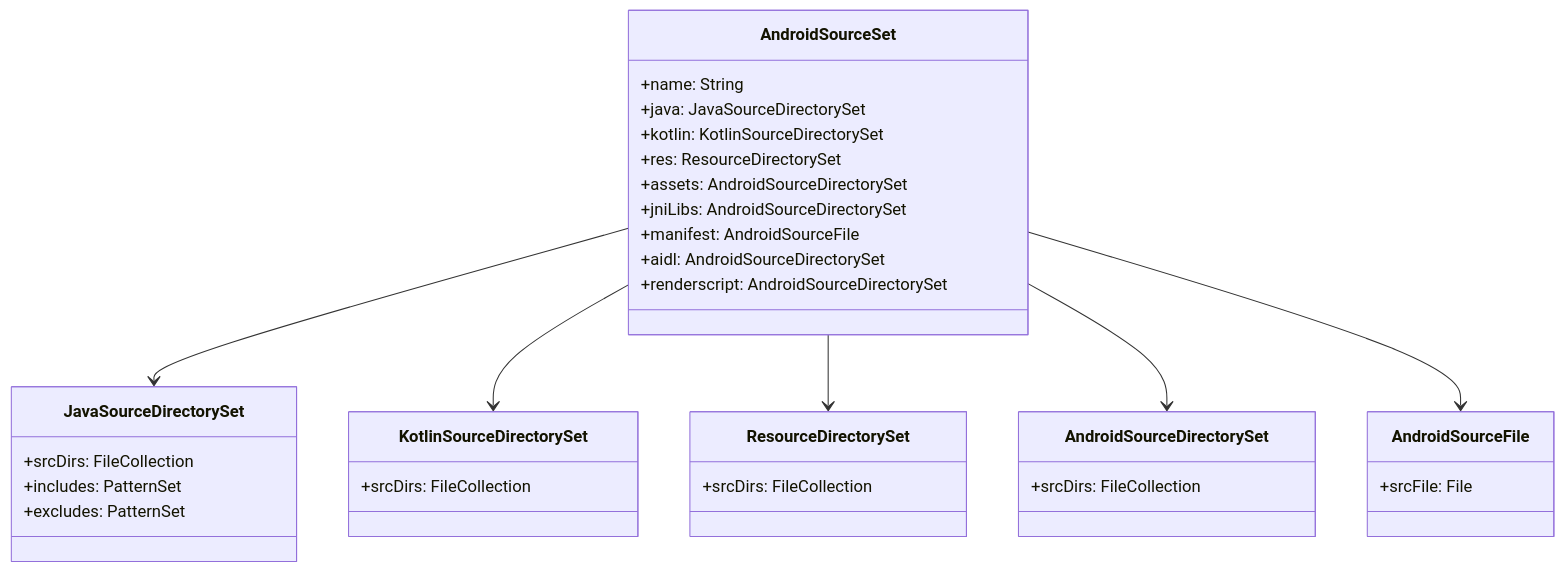
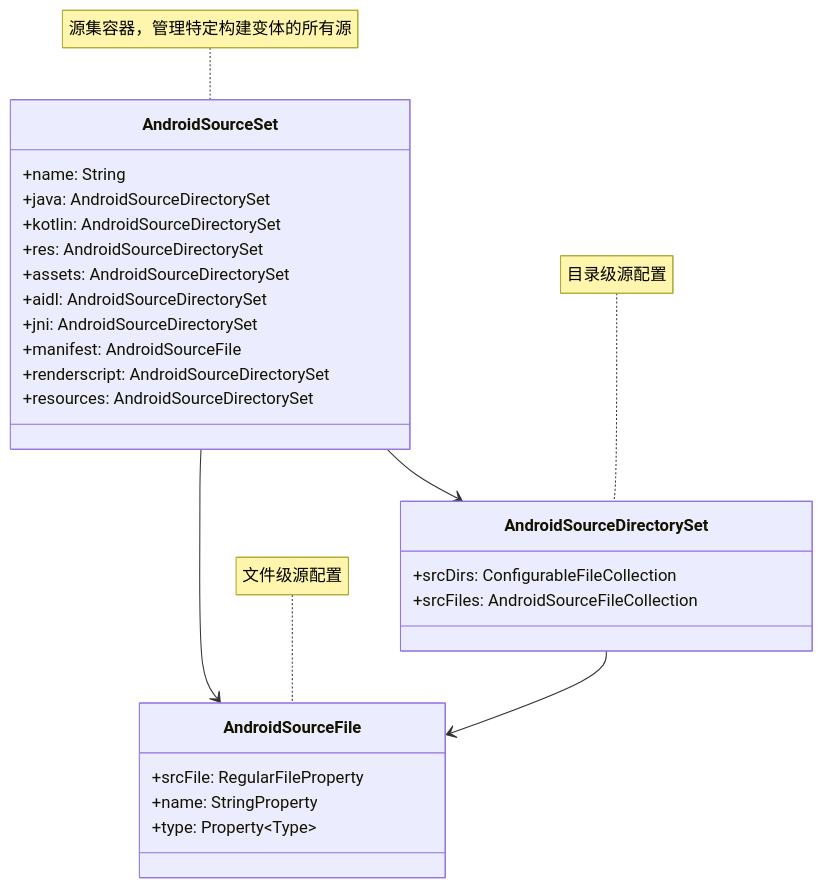
The third of 3 diagrams in AndroidDeveloperGuideStory/Contents/vol21/21.1.68 Android源集.md (Carrie-L/carrie-l.github.io), drawn with Mermaid before and after one commit. The commit also changed other lines of this file, not shown here.

Commit message:
feat(chapter-21.1.68): explain AndroidSourceSet concept with source collection organization

````diff
--- a/AndroidDeveloperGuideStory/Contents/vol21/21.1.68 Android源集.md
+++ b/AndroidDeveloperGuideStory/Contents/vol21/21.1.68 Android源集.md
@@ -988,42 +759,34 @@
 ```mermaid
 classDiagram
     class AndroidSourceSet {
         +name: String
-        +java: JavaSourceDirectorySet
-        +kotlin: KotlinSourceDirectorySet
-        +res: ResourceDirectorySet
+        +java: AndroidSourceDirectorySet
+        +kotlin: AndroidSourceDirectorySet
+        +res: AndroidSourceDirectorySet
         +assets: AndroidSourceDirectorySet
-        +jniLibs: AndroidSourceDirectorySet
+        +aidl: AndroidSourceDirectorySet
+        +jni: AndroidSourceDirectorySet
         +manifest: AndroidSourceFile
-        +aidl: AndroidSourceDirectorySet
         +renderscript: AndroidSourceDirectorySet
-    }
-    
-    class JavaSourceDirectorySet {
-        +srcDirs: FileCollection
-        +includes: PatternSet
-        +excludes: PatternSet
-    }
-    
-    class KotlinSourceDirectorySet {
-        +srcDirs: FileCollection
-    }
-    
-    class ResourceDirectorySet {
-        +srcDirs: FileCollection
+        +resources: AndroidSourceDirectorySet
     }
     
     class AndroidSourceDirectorySet {
-        +srcDirs: FileCollection
+        +srcDirs: ConfigurableFileCollection
+        +srcFiles: AndroidSourceFileCollection
     }
     
     class AndroidSourceFile {
-        +srcFile: File
+        +srcFile: RegularFileProperty
+        +name: StringProperty
+        +type: Property~Type~
     }
     
-    AndroidSourceSet --> JavaSourceDirectorySet
-    AndroidSourceSet --> KotlinSourceDirectorySet
-    AndroidSourceSet --> ResourceDirectorySet
     AndroidSourceSet --> AndroidSourceDirectorySet
     AndroidSourceSet --> AndroidSourceFile
+    AndroidSourceDirectorySet --> AndroidSourceFile
+    
+    note for AndroidSourceSet "源集容器，管理特定构建变体的所有源"
+    note for AndroidSourceDirectorySet "目录级源配置"
+    note for AndroidSourceFile "文件级源配置"
 ```
````
